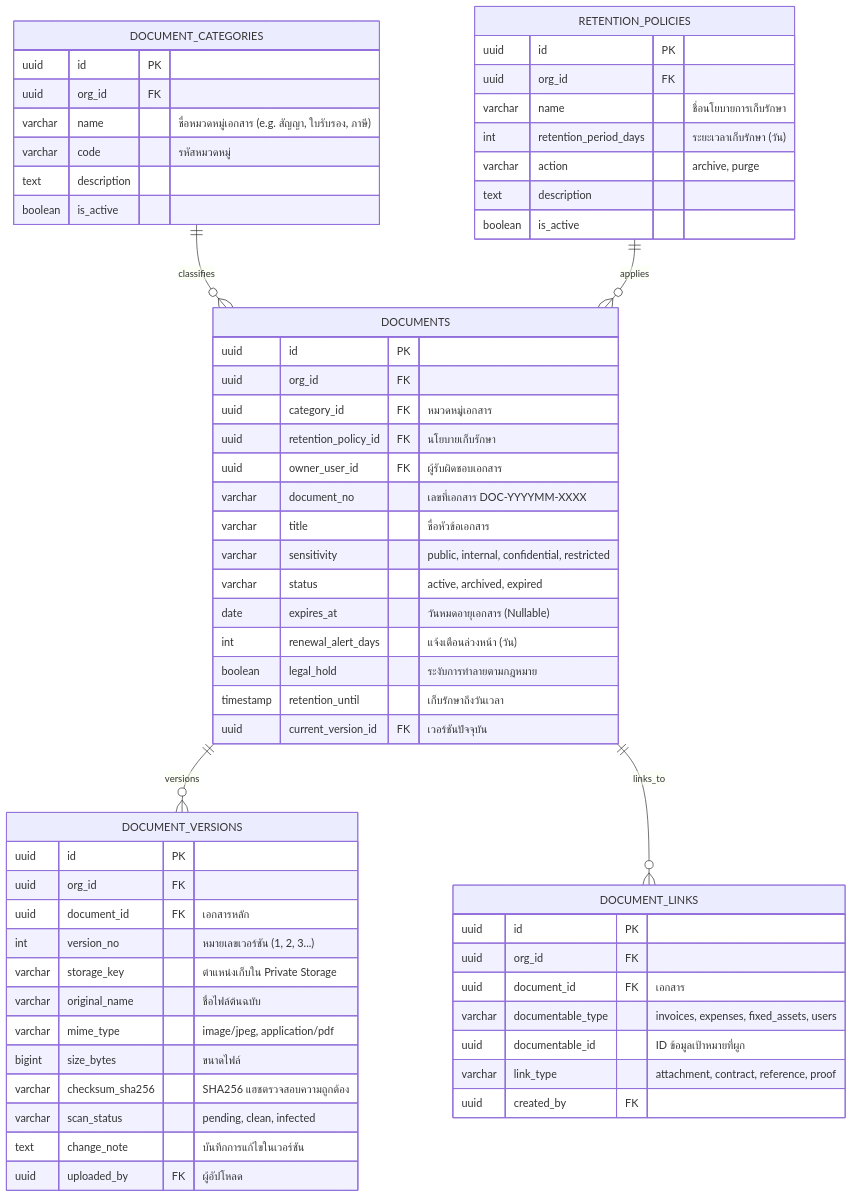
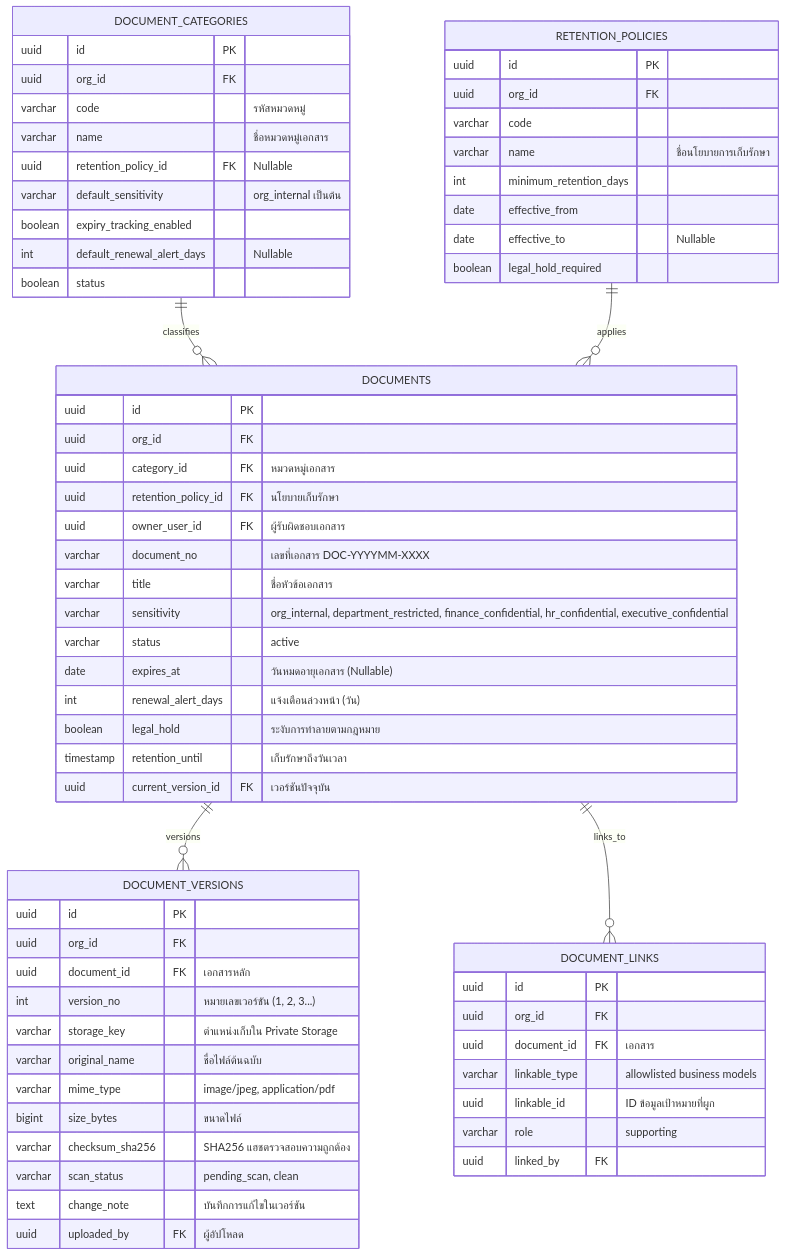
One commit to anuwatm/ERP changed diagram 11 of 13 in document/DATABASE_ERD.md. Above: the diagram before and after it, drawn with Mermaid. The commit also changed other lines of this file and 68 other files, not shown here.

````diff
--- a/document/DATABASE_ERD.md
+++ b/document/DATABASE_ERD.md
@@ -807,68 +804,72 @@
 ```mermaid
 erDiagram
     DOCUMENT_CATEGORIES {
         uuid id PK
         uuid org_id FK
-        varchar name "ชื่อหมวดหมู่เอกสาร (e.g. สัญญา, ใบรับรอง, ภาษี)"
         varchar code "รหัสหมวดหมู่"
-        text description
-        boolean is_active
+        varchar name "ชื่อหมวดหมู่เอกสาร"
+        uuid retention_policy_id FK "Nullable"
+        varchar default_sensitivity "org_internal เป็นต้น"
+        boolean expiry_tracking_enabled
+        int default_renewal_alert_days "Nullable"
+        boolean status
     }
 
     RETENTION_POLICIES {
         uuid id PK
         uuid org_id FK
+        varchar code
         varchar name "ชื่อนโยบายการเก็บรักษา"
-        int retention_period_days "ระยะเวลาเก็บรักษา (วัน)"
-        varchar action "archive, purge"
-        text description
-        boolean is_active
+        int minimum_retention_days
+        date effective_from
+        date effective_to "Nullable"
+        boolean legal_hold_required
     }
 
     DOCUMENTS {
         uuid id PK
         uuid org_id FK
         uuid category_id FK "หมวดหมู่เอกสาร"
         uuid retention_policy_id FK "นโยบายเก็บรักษา"
         uuid owner_user_id FK "ผู้รับผิดชอบเอกสาร"
         varchar document_no "เลขที่เอกสาร DOC-YYYYMM-XXXX"
         varchar title "ชื่อหัวข้อเอกสาร"
-        varchar sensitivity "public, internal, confidential, restricted"
-        varchar status "active, archived, expired"
+        varchar sensitivity "org_internal, department_restricted, finance_confidential, hr_confidential, executive_confidential"
+        varchar status "active"
         date expires_at "วันหมดอายุเอกสาร (Nullable)"
         int renewal_alert_days "แจ้งเตือนล่วงหน้า (วัน)"
         boolean legal_hold "ระงับการทำลายตามกฎหมาย"
         timestamp retention_until "เก็บรักษาถึงวันเวลา"
         uuid current_version_id FK "เวอร์ชันปัจจุบัน"
     }
 
     DOCUMENT_VERSIONS {
         uuid id PK
         uuid org_id FK
         uuid document_id FK "เอกสารหลัก"
         int version_no "หมายเลขเวอร์ชัน (1, 2, 3...)"
         varchar storage_key "ตำแหน่งเก็บใน Private Storage"
         varchar original_name "ชื่อไฟล์ต้นฉบับ"
         varchar mime_type "image/jpeg, application/pdf"
         bigint size_bytes "ขนาดไฟล์"
         varchar checksum_sha256 "SHA256 แฮชตรวจสอบความถูกต้อง"
-        varchar scan_status "pending, clean, infected"
+        varchar scan_status "pending_scan, clean"
         text change_note "บันทึกการแก้ไขในเวอร์ชัน"
         uuid uploaded_by FK "ผู้อัปโหลด"
     }
 
     DOCUMENT_LINKS {
         uuid id PK
         uuid org_id FK
         uuid document_id FK "เอกสาร"
-        varchar documentable_type "invoices, expenses, fixed_assets, users"
-        uuid documentable_id "ID ข้อมูลเป้าหมายที่ผูก"
-        varchar link_type "attachment, contract, reference, proof"
-        uuid created_by FK
+        varchar linkable_type "allowlisted business models"
+        uuid linkable_id "ID ข้อมูลเป้าหมายที่ผูก"
+        varchar role "supporting"
+        uuid linked_by FK
     }
 
     DOCUMENT_CATEGORIES ||--o{ DOCUMENTS : "classifies"
     RETENTION_POLICIES ||--o{ DOCUMENTS : "applies"
     DOCUMENTS ||--o{ DOCUMENT_VERSIONS : "versions"
     DOCUMENTS ||--o{ DOCUMENT_LINKS : "links_to"
 ```
````
